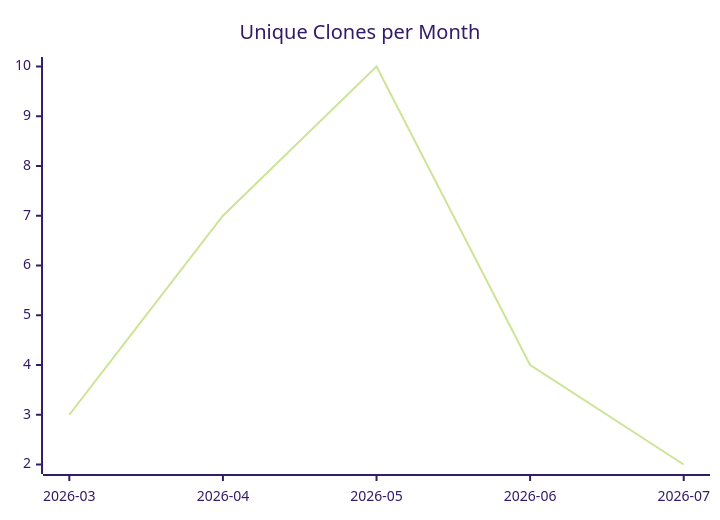
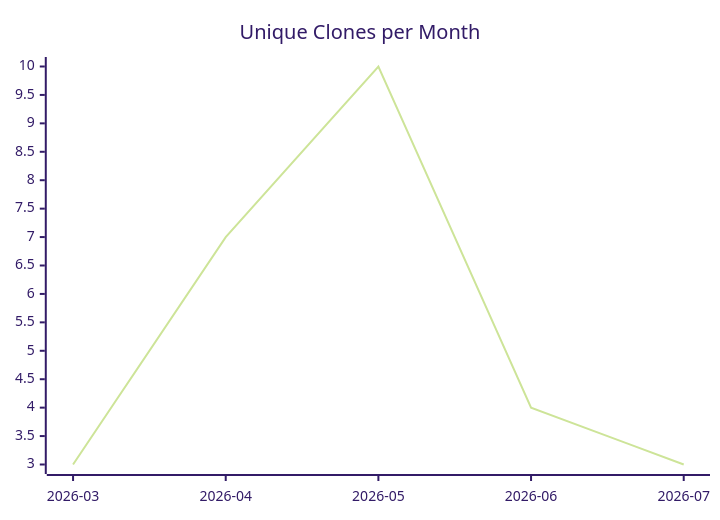
The third of 3 diagrams in karlmdavis/test-repo-for-move/README.md (justdavis-family/github-analytics-data), drawn with Mermaid (forest theme) before and after one commit. The commit also changed other lines of this file and 187 other files, not shown here.

````diff
--- a/karlmdavis/test-repo-for-move/README.md
+++ b/karlmdavis/test-repo-for-move/README.md
@@ -19,6 +19,6 @@
 ```mermaid
 xychart-beta
   title "Unique Clones per Month"
   x-axis ["2026-03", "2026-04", "2026-05", "2026-06", "2026-07"]
-  line [3, 7, 10, 4, 2]
+  line [3, 7, 10, 4, 3]
 ```
````
